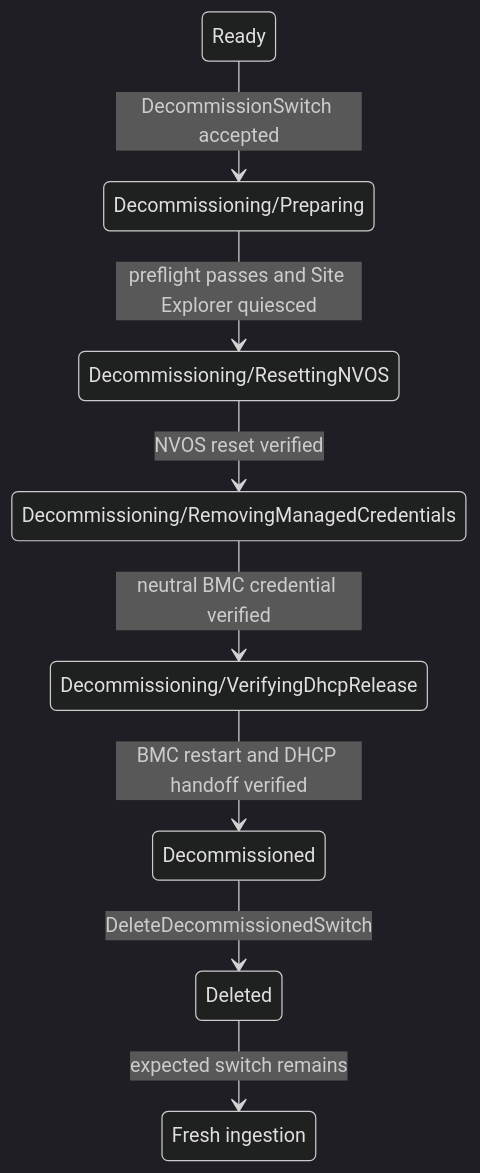
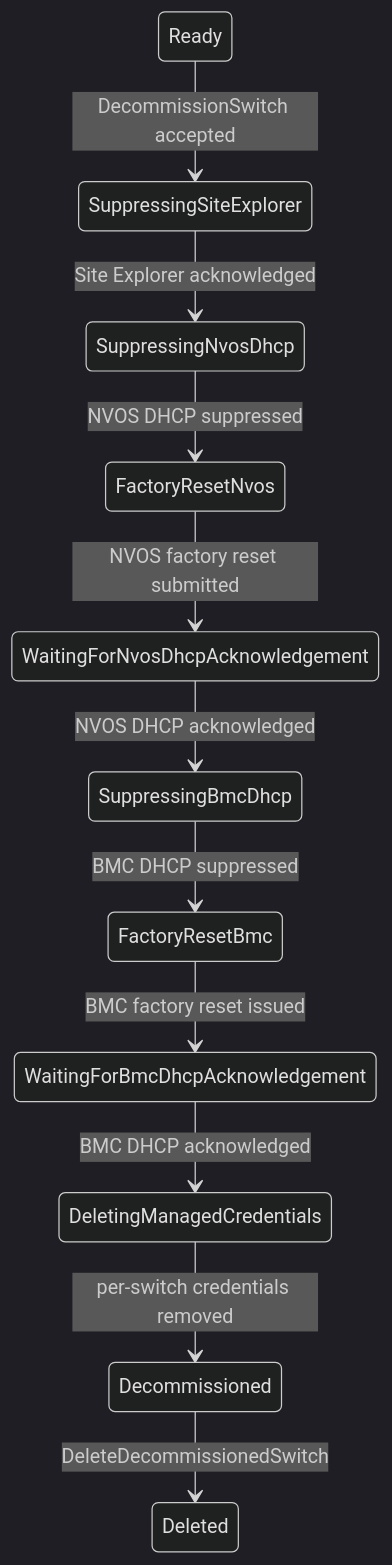
One commit to NVIDIA/bare-metal-manager-core changed the diagram in docs/design/decommissioning/managed-switch-decommissioning.md. Above: the diagram before and after it, drawn with Mermaid (dark theme). The commit also changed other lines of this file and 4 other files, not shown here.

````diff
--- a/docs/design/decommissioning/managed-switch-decommissioning.md
+++ b/docs/design/decommissioning/managed-switch-decommissioning.md
@@ -71,19 +61,25 @@
 ```mermaid
 stateDiagram-v2
     state "Ready" as Ready
-    state "Decommissioning/Preparing" as Preparing
-    state "Decommissioning/ResettingNVOS" as ResettingNVOS
-    state "Decommissioning/RemovingManagedCredentials" as RemovingCredentials
-    state "Decommissioning/VerifyingDhcpRelease" as VerifyingDhcpRelease
+    state "SuppressingSiteExplorer" as SuppressSE
+    state "SuppressingNvosDhcp" as SuppressNvos
+    state "FactoryResetNvos" as ResetNvos
+    state "WaitingForNvosDhcpAcknowledgement" as WaitNvos
+    state "SuppressingBmcDhcp" as SuppressBmc
+    state "FactoryResetBmc" as ResetBmc
+    state "WaitingForBmcDhcpAcknowledgement" as WaitBmc
+    state "DeletingManagedCredentials" as DeleteCreds
     state "Decommissioned" as Decommissioned
     state "Deleted" as Deleted
-    state "Fresh ingestion" as FreshIngestion
 
-    Ready --> Preparing : DecommissionSwitch accepted
-    Preparing --> ResettingNVOS : preflight passes and Site Explorer quiesced
-    ResettingNVOS --> RemovingCredentials : NVOS reset verified
-    RemovingCredentials --> VerifyingDhcpRelease : neutral BMC credential verified
-    VerifyingDhcpRelease --> Decommissioned : BMC restart and DHCP handoff verified
+    Ready --> SuppressSE : DecommissionSwitch accepted
+    SuppressSE --> SuppressNvos : Site Explorer acknowledged
+    SuppressNvos --> ResetNvos : NVOS DHCP suppressed
+    ResetNvos --> WaitNvos : NVOS factory reset submitted
+    WaitNvos --> SuppressBmc : NVOS DHCP acknowledged
+    SuppressBmc --> ResetBmc : BMC DHCP suppressed
+    ResetBmc --> WaitBmc : BMC factory reset issued
+    WaitBmc --> DeleteCreds : BMC DHCP acknowledged
+    DeleteCreds --> Decommissioned : per-switch credentials removed
     Decommissioned --> Deleted : DeleteDecommissionedSwitch
-    Deleted --> FreshIngestion : expected switch remains
 ```
````
